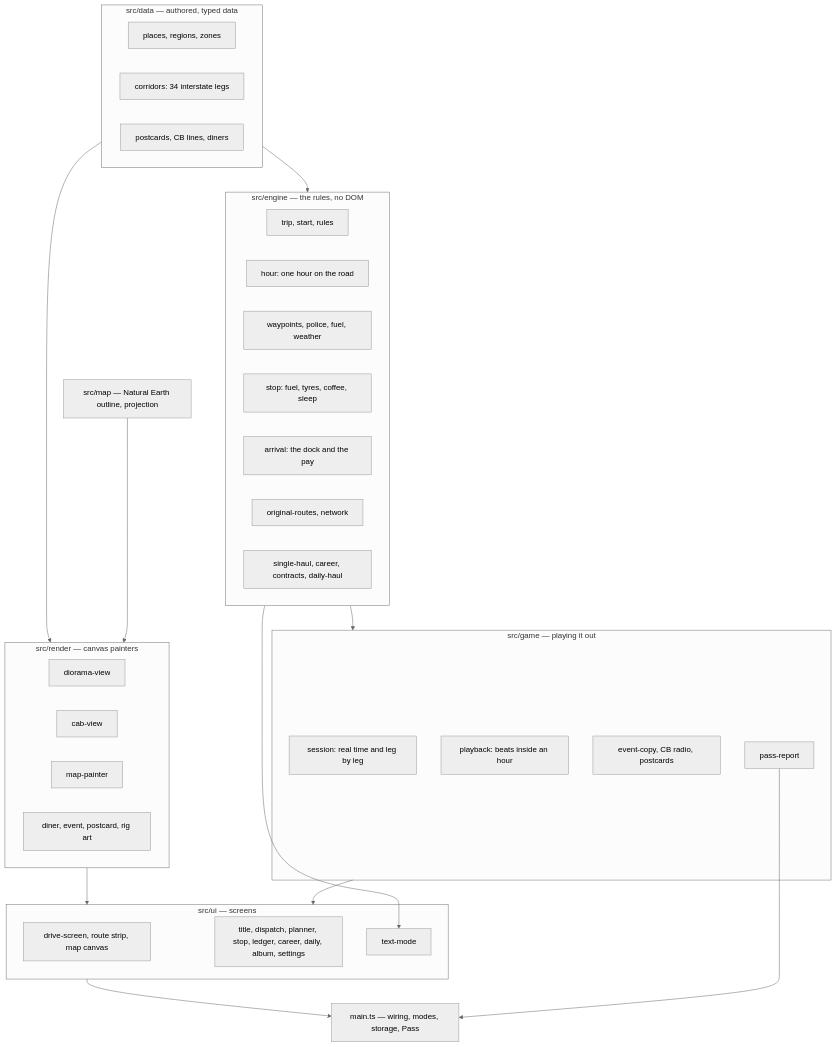
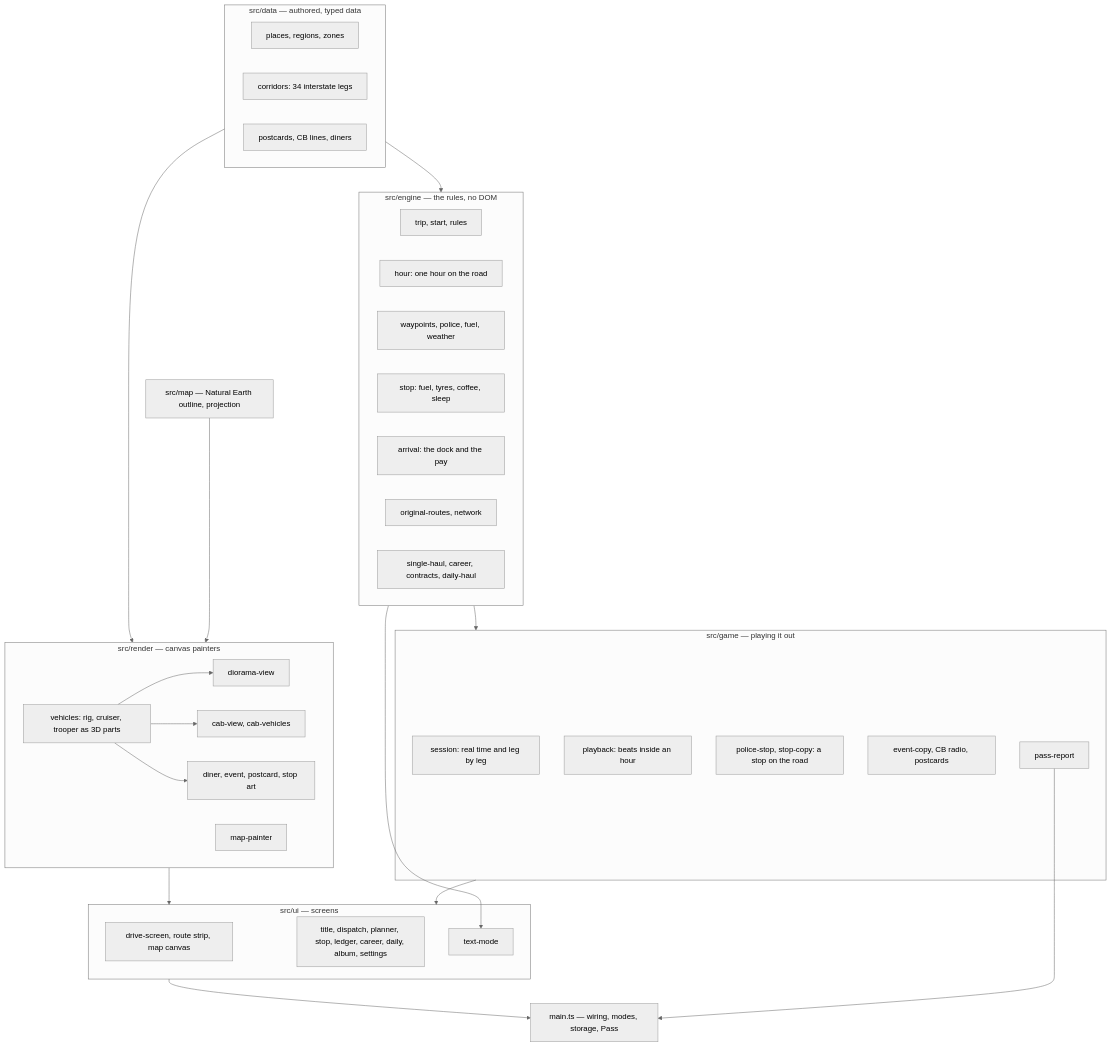
Before and after one commit to agunawijaya/NeoArcade: the first of 3 diagrams in ports/long-haul/docs/ARCHITECTURE.md, drawn with Mermaid (neutral theme). The commit also changed other lines of this file and 64 other files, not shown here.

First line of the commit message:
Redraw Long Haul's vehicles in code and play the police stop on the road

````diff
--- a/ports/long-haul/docs/ARCHITECTURE.md
+++ b/ports/long-haul/docs/ARCHITECTURE.md
@@ -15,46 +15,51 @@
 ```mermaid
 flowchart TB
   subgraph data["src/data — authored, typed data"]
     places["places, regions, zones"]
     corridors["corridors: 34 interstate legs"]
     words["postcards, CB lines, diners"]
   end
   subgraph engine["src/engine — the rules, no DOM"]
     trip["trip, start, rules"]
     hour["hour: one hour on the road"]
     waypoints["waypoints, police, fuel, weather"]
     stop["stop: fuel, tyres, coffee, sleep"]
     arrival["arrival: the dock and the pay"]
     network["original-routes, network"]
     modes["single-haul, career, contracts, daily-haul"]
   end
   subgraph game["src/game — playing it out"]
     session["session: real time and leg by leg"]
     playback["playback: beats inside an hour"]
+    police["police-stop, stop-copy: a stop on the road"]
     copy["event-copy, CB radio, postcards"]
     report["pass-report"]
   end
   subgraph render["src/render — canvas painters"]
     diorama["diorama-view"]
-    cab["cab-view"]
+    cab["cab-view, cab-vehicles"]
+    vehicles["vehicles: rig, cruiser, trooper as 3D parts"]
     map["map-painter"]
-    art["diner, event, postcard, rig art"]
+    art["diner, event, postcard, stop art"]
   end
   subgraph ui["src/ui — screens"]
     drive["drive-screen, route strip, map canvas"]
     screens["title, dispatch, planner, stop, ledger, career, daily, album, settings"]
     text["text-mode"]
   end
   main["main.ts — wiring, modes, storage, Pass"]
   geo["src/map — Natural Earth outline, projection"]
 
   data --> engine
   engine --> game
   game --> ui
+  vehicles --> diorama
+  vehicles --> cab
+  vehicles --> art
   render --> ui
   geo --> render
   data --> render
   engine --> text
   ui --> main
   report --> main
 ```
````
